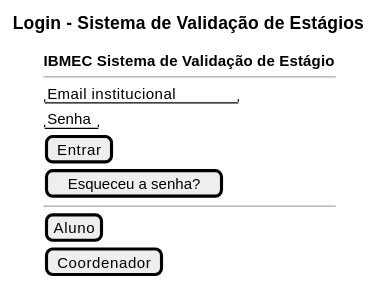
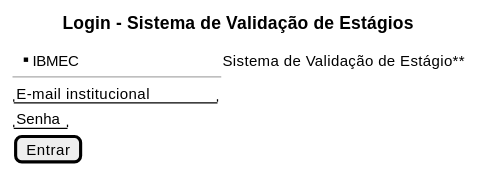
The first of 8 diagrams in mkdocs/Iniciacao/prototipo_baixa_fidelidade.md (mgff01/back-end_vercel), drawn with PlantUML before and after one commit. The commit also changed other lines of this file, not shown here.

````diff
--- a/mkdocs/Iniciacao/prototipo_baixa_fidelidade.md
+++ b/mkdocs/Iniciacao/prototipo_baixa_fidelidade.md
@@ -36,17 +36,13 @@
 ```plantuml
 @startsalt
 title Login - Sistema de Validação de Estágios
 
 {
-  **IBMEC Sistema de Validação de Estágio**
+  **IBMEC | Sistema de Validação de Estágio**
   --
-  "Email institucional"
+  "E-mail institucional"
   "Senha"
   [Entrar]
-  [Esqueceu a senha?]
-  --
-  [Aluno]
-  [Coordenador]
 }
 @endsalt
 ```
````
